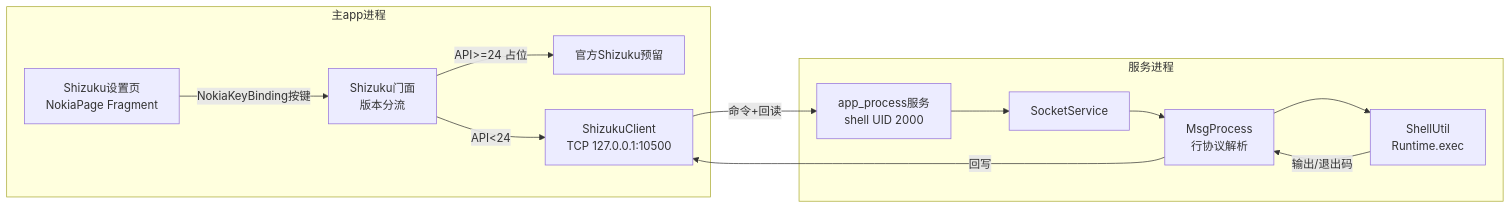
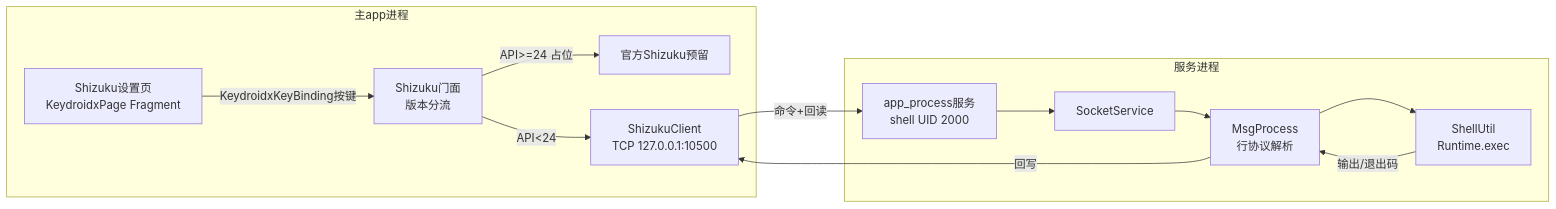
One commit to cctyl/keydroidx-launcher changed the diagram in docs/mini_shizuku设计文档.md. Above: the diagram before and after it, drawn with Mermaid. The commit also changed other lines of this file and 210 other files, not shown here.

First line of the commit message:
refactor(launcher): 类名 Nokia*→Keydroidx* 并对齐 keydroidx-common 新坐标

````diff
--- a/docs/mini_shizuku设计文档.md
+++ b/docs/mini_shizuku设计文档.md
@@ -38,15 +38,15 @@
 ```mermaid
 flowchart LR
     subgraph 主app进程
-        SettingsPage[Shizuku设置页<br/>NokiaPage Fragment] -->|NokiaKeyBinding按键| Facade[Shizuku门面<br/>版本分流]
+        SettingsPage[Shizuku设置页<br/>KeydroidxPage Fragment] -->|KeydroidxKeyBinding按键| Facade[Shizuku门面<br/>版本分流]
         Facade -->|API>=24 占位| Future[官方Shizuku预留]
         Facade -->|API<24| Client[ShizukuClient<br/>TCP 127.0.0.1:10500]
     end
     Client -->|命令+回读| Server[app_process服务<br/>shell UID 2000]
     subgraph 服务进程
         Server --> Socket[SocketService]
         Socket --> Msg[MsgProcess<br/>行协议解析]
         Msg --> Shell[ShellUtil<br/>Runtime.exec]
     end
     Shell -->|输出/退出码| Msg -->|回写| Client
 ```
````
